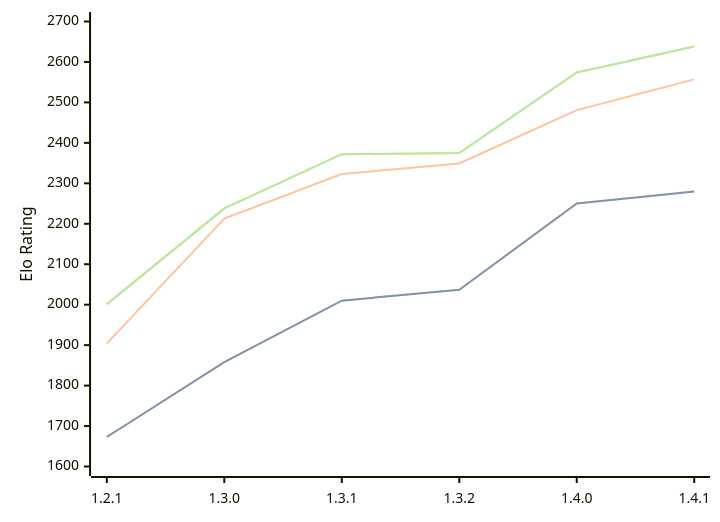
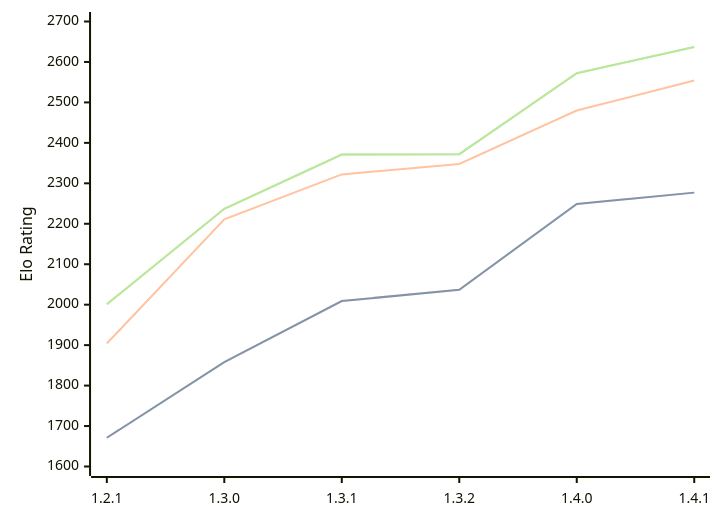
One commit to computer-chess-index/cci changed the diagram in engines/Chal.md. Above: the diagram before and after it, drawn with Mermaid. The commit also changed other lines of this file, not shown here.

Commit message:
Update CCI Ratings (ELO VLTC) - 2026-08-12

````diff
--- a/engines/Chal.md
+++ b/engines/Chal.md
@@ -36,11 +36,11 @@
 ```mermaid
 %%{init: {"theme":"base","themeVariables":{"seriesColors:['#a3a3a3','#222221','#faa371']}}}%%
 xychart-beta
   x-axis ["1.2.1", "1.3.0", "1.3.1", "1.3.2", "1.4.0", "1.4.1"]
   y-axis "Elo Rating" 1600 --> 2700
-  line "STC (8.0+0.08s)" [1673, 1858, 2010, 2037, 2250, 2280]
-  line "STC (8.0+0.08s)" [1673, 1858, 2010, 2037, 2250, 2280]
-  line "LTC (60.0+0.60s)" [1904, 2213, 2323, 2349, 2481, 2557]
-  line "VLTC (2m24s+1.12s)" [2001, 2238, 2372, 2375, 2574, 2638]
-  line "VLTC (2m24s+1.12s)" [2001, 2238, 2372, 2375, 2574, 2638]
+  line "STC (8.0+0.08s)" [1671, 1858, 2009, 2037, 2249, 2277]
+  line "STC (8.0+0.08s)" [1671, 1858, 2009, 2037, 2249, 2277]
+  line "LTC (60.0+0.60s)" [1904, 2211, 2322, 2348, 2480, 2554]
+  line "VLTC (2m24s+1.12s)" [2001, 2237, 2371, 2372, 2572, 2637]
+  line "VLTC (2m24s+1.12s)" [2001, 2237, 2371, 2372, 2572, 2637]
 ```
````
